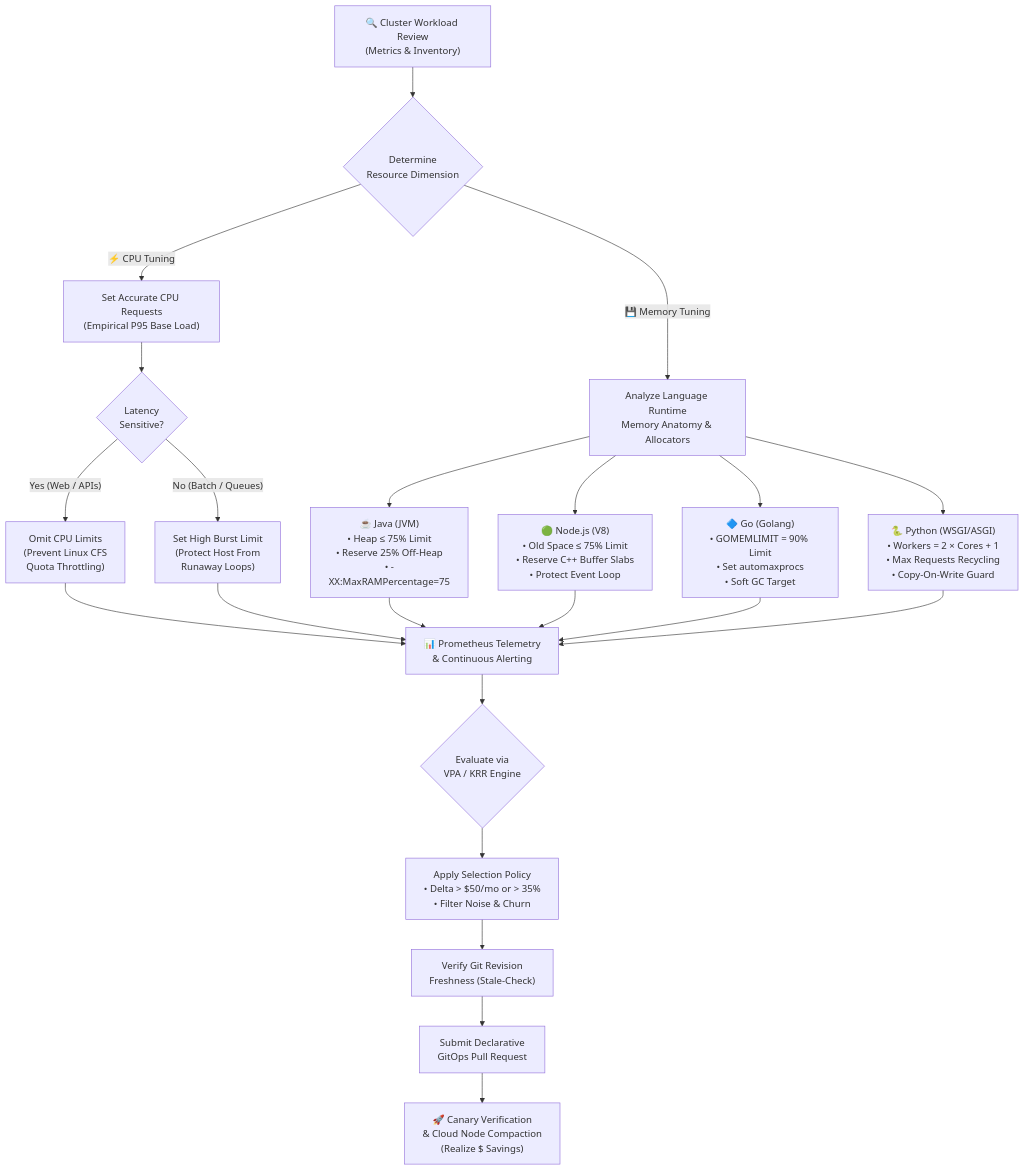
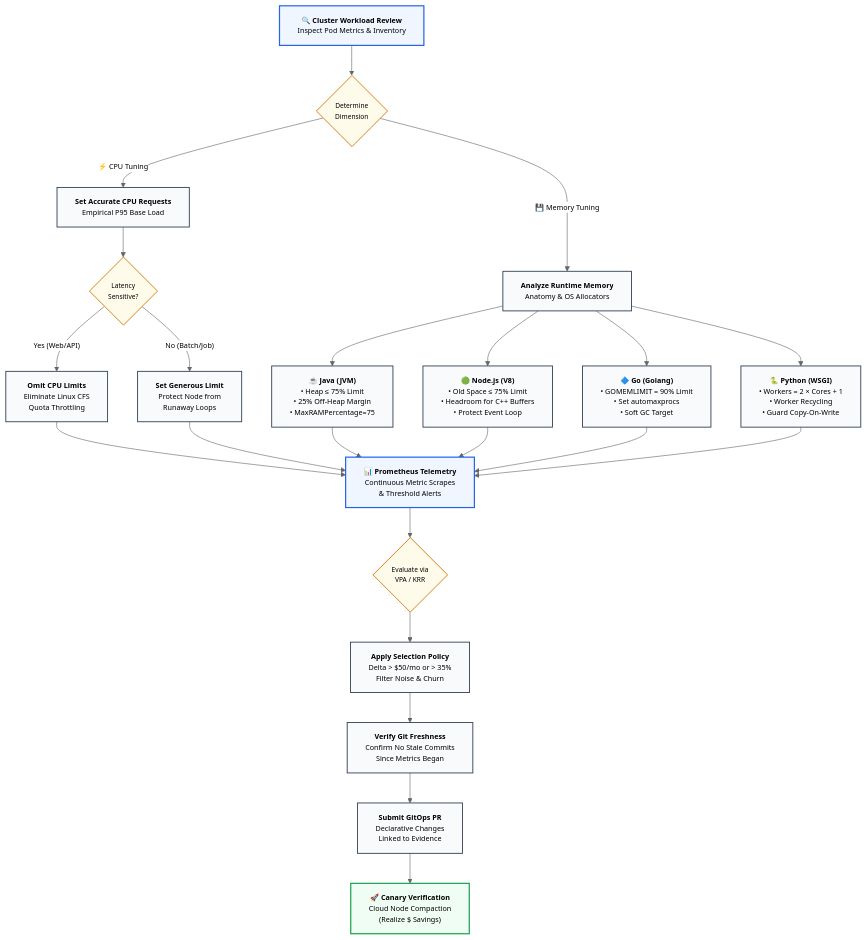
Before and after one commit to nubenetes/kubernetes-rightsizing: the diagram in README.md, drawn with Mermaid.

Commit message:
style(readme): adjust Mermaid diagram font size to 12px and optimize box margins

````diff
--- a/README.md
+++ b/README.md
@@ -55,36 +55,42 @@
 ```mermaid
+%%{init: {'theme': 'neutral', 'themeVariables': { 'fontSize': '12px' }}}%%
 flowchart TD
-    %% Node Definitions with Multi-line Formatting for Readability
-    A["🔍 Cluster Workload Review<br/>(Metrics & Inventory)"]
-    B{"Determine<br/>Resource Dimension"}
+    %% Node Styles
+    classDef default fill:#f8fafc,stroke:#334155,stroke-width:1.5px,font-size:12px;
+    classDef highlight fill:#eff6ff,stroke:#2563eb,stroke-width:2px,font-size:12px;
+    classDef decision fill:#fffbeb,stroke:#d97706,stroke-width:1.5px,font-size:11px;
+    classDef success fill:#f0fdf4,stroke:#16a34a,stroke-width:2px,font-size:12px;
+
+    A["🔍 <b>Cluster Workload Review</b><br/>Inspect Pod Metrics & Inventory"]:::highlight
+    B{"Determine<br/>Dimension"}:::decision
     
     A --> B
     
-    %% CPU Optimization Branch
-    B -->|"⚡ CPU Tuning"| C["Set Accurate CPU Requests<br/>(Empirical P95 Base Load)"]
-    C --> D{"Latency<br/>Sensitive?"}
-    D -->|"Yes (Web / APIs)"| E["Omit CPU Limits<br/>(Prevent Linux CFS<br/>Quota Throttling)"]
-    D -->|"No (Batch / Queues)"| F["Set High Burst Limit<br/>(Protect Host From<br/>Runaway Loops)"]
+    %% CPU Path
+    B -->|"⚡ CPU Tuning"| C["<b>Set Accurate CPU Requests</b><br/>Empirical P95 Base Load"]
+    C --> D{"Latency<br/>Sensitive?"}:::decision
+    D -->|"Yes (Web/API)"| E["<b>Omit CPU Limits</b><br/>Eliminate Linux CFS<br/>Quota Throttling"]
+    D -->|"No (Batch/Job)"| F["<b>Set Generous Limit</b><br/>Protect Node from<br/>Runaway Loops"]
 
-    %% Memory Optimization Branch
-    B -->|"💾 Memory Tuning"| G["Analyze Language Runtime<br/>Memory Anatomy & Allocators"]
-    G --> H["☕ Java (JVM)<br/>• Heap &le; 75% Limit<br/>• Reserve 25% Off-Heap<br/>• -XX:MaxRAMPercentage=75"]
-    G --> I["🟢 Node.js (V8)<br/>• Old Space &le; 75% Limit<br/>• Reserve C++ Buffer Slabs<br/>• Protect Event Loop"]
-    G --> J["🔷 Go (Golang)<br/>• GOMEMLIMIT = 90% Limit<br/>• Set automaxprocs<br/>• Soft GC Target"]
-    G --> K["🐍 Python (WSGI/ASGI)<br/>• Workers = 2 &times; Cores + 1<br/>• Max Requests Recycling<br/>• Copy-On-Write Guard"]
+    %% Memory Path
+    B -->|"💾 Memory Tuning"| G["<b>Analyze Runtime Memory</b><br/>Anatomy & OS Allocators"]
+    G --> H["☕ <b>Java (JVM)</b><br/>• Heap &le; 75% Limit<br/>• 25% Off-Heap Margin<br/>• MaxRAMPercentage=75"]
+    G --> I["🟢 <b>Node.js (V8)</b><br/>• Old Space &le; 75% Limit<br/>• Headroom for C++ Buffers<br/>• Protect Event Loop"]
+    G --> J["🔷 <b>Go (Golang)</b><br/>• GOMEMLIMIT = 90% Limit<br/>• Set automaxprocs<br/>• Soft GC Target"]
+    G --> K["🐍 <b>Python (WSGI)</b><br/>• Workers = 2 &times; Cores + 1<br/>• Worker Recycling<br/>• Guard Copy-On-Write"]
 
-    %% Telemetry Convergence
-    E --> L["📊 Prometheus Telemetry<br/>&amp; Continuous Alerting"]
+    %% Convergence
+    E --> L["📊 <b>Prometheus Telemetry</b><br/>Continuous Metric Scrapes<br/>&amp; Threshold Alerts"]:::highlight
     F --> L
     H --> L
     I --> L
     J --> L
     K --> L
 
-    %% Evaluation & GitOps
-    L --> M{"Evaluate via<br/>VPA / KRR Engine"}
-    M --> N["Apply Selection Policy<br/>• Delta &gt; $50/mo or &gt; 35%<br/>• Filter Noise & Churn"]
-    N --> O["Verify Git Revision<br/>Freshness (Stale-Check)"]
-    O --> P["Submit Declarative<br/>GitOps Pull Request"]
-    P --> Q["🚀 Canary Verification<br/>&amp; Cloud Node Compaction<br/>(Realize $ Savings)"]
+    %% Decision & Action
+    L --> M{"Evaluate via<br/>VPA / KRR"}:::decision
+    M --> N["<b>Apply Selection Policy</b><br/>Delta &gt; $50/mo or &gt; 35%<br/>Filter Noise & Churn"]
+    N --> O["<b>Verify Git Freshness</b><br/>Confirm No Stale Commits<br/>Since Metrics Began"]
+    O --> P["<b>Submit GitOps PR</b><br/>Declarative Changes<br/>Linked to Evidence"]
+    P --> Q["🚀 <b>Canary Verification</b><br/>Cloud Node Compaction<br/>(Realize $ Savings)"]:::success
 ```
````
